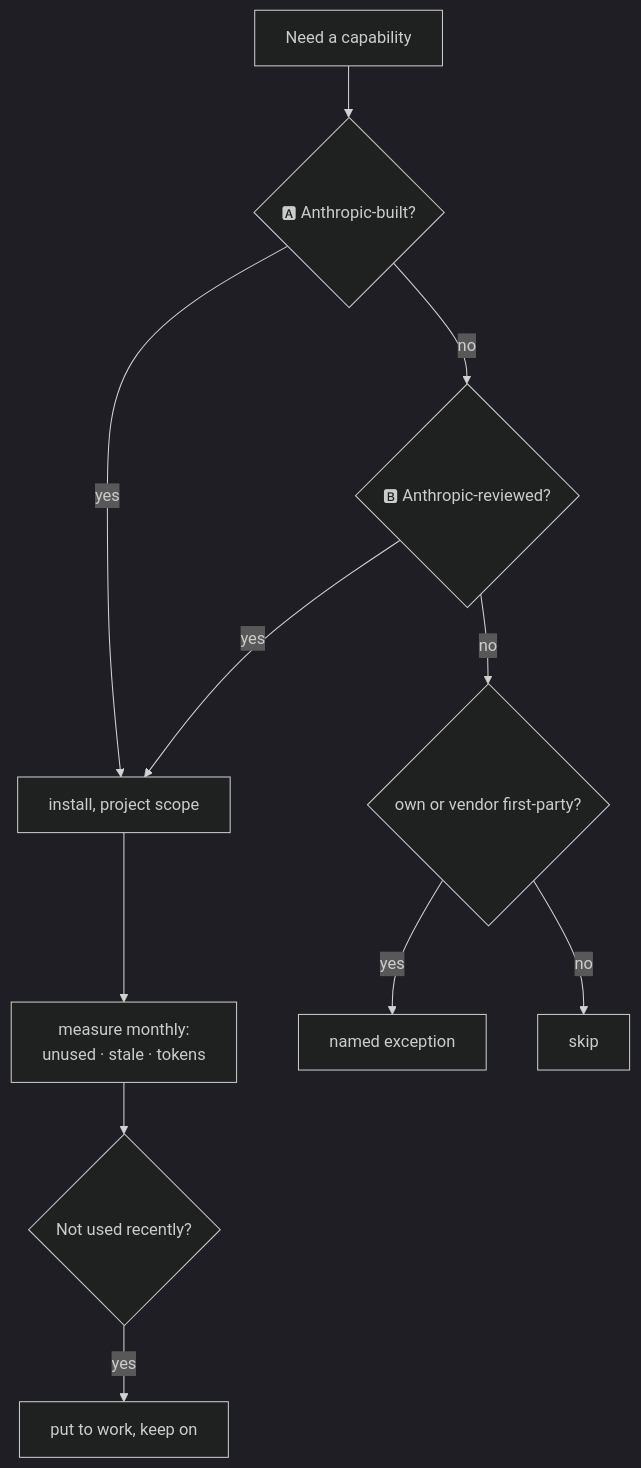
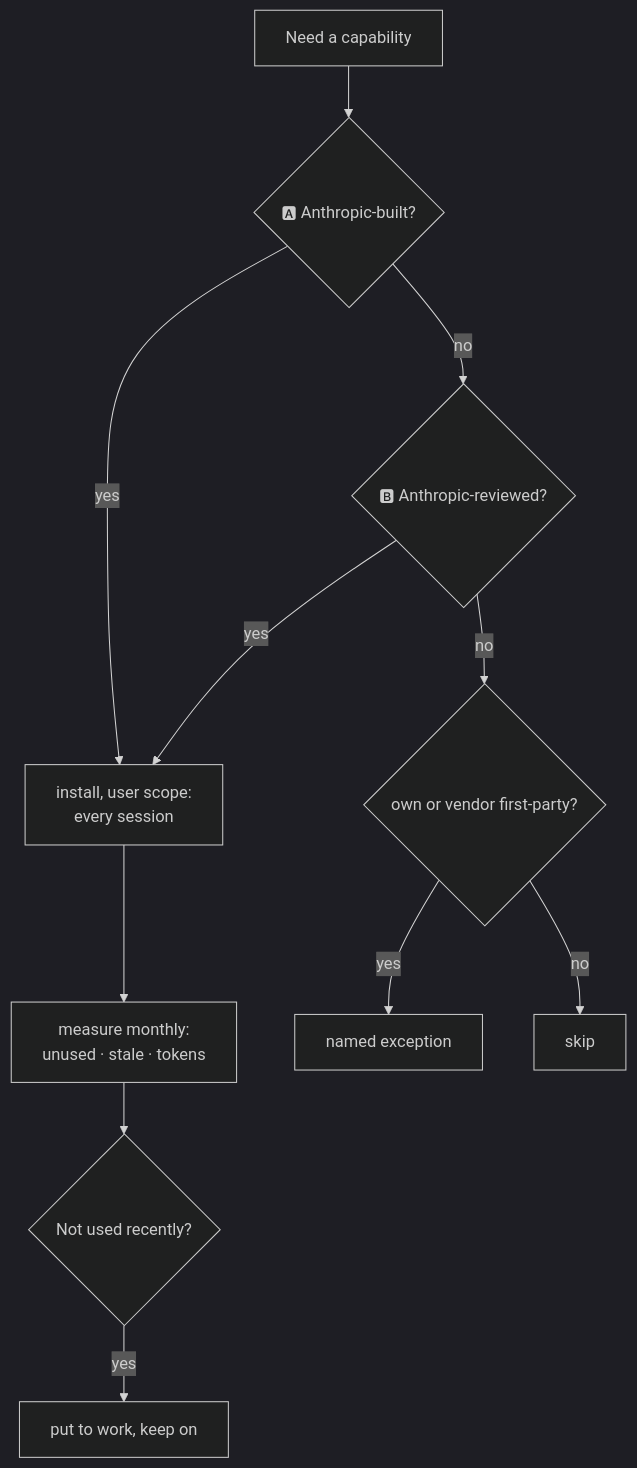
The fourth of 4 diagrams in templates/claude/README.md (Colorado-Startups/claudius), drawn with Mermaid (dark theme) before and after one commit. The commit also changed other lines of this file and 21 other files, not shown here.

````diff
--- a/templates/claude/README.md
+++ b/templates/claude/README.md
@@ -116,12 +128,12 @@
 ```mermaid
 flowchart TD
   N[Need a capability] --> Q1{🅰 Anthropic-built?}
-  Q1 -->|yes| I[install, project scope]
+  Q1 -->|yes| I[install, user scope:<br/>every session]
   Q1 -->|no| Q2{🅱 Anthropic-reviewed?}
   Q2 -->|yes| I
   Q2 -->|no| Q3{own or vendor first-party?}
   Q3 -->|yes| X[named exception]
   Q3 -->|no| Z[skip]
   I --> M[measure monthly:<br/>unused · stale · tokens] --> P{Not used recently?}
   P -->|yes| D[put to work, keep on]
 ```
````
